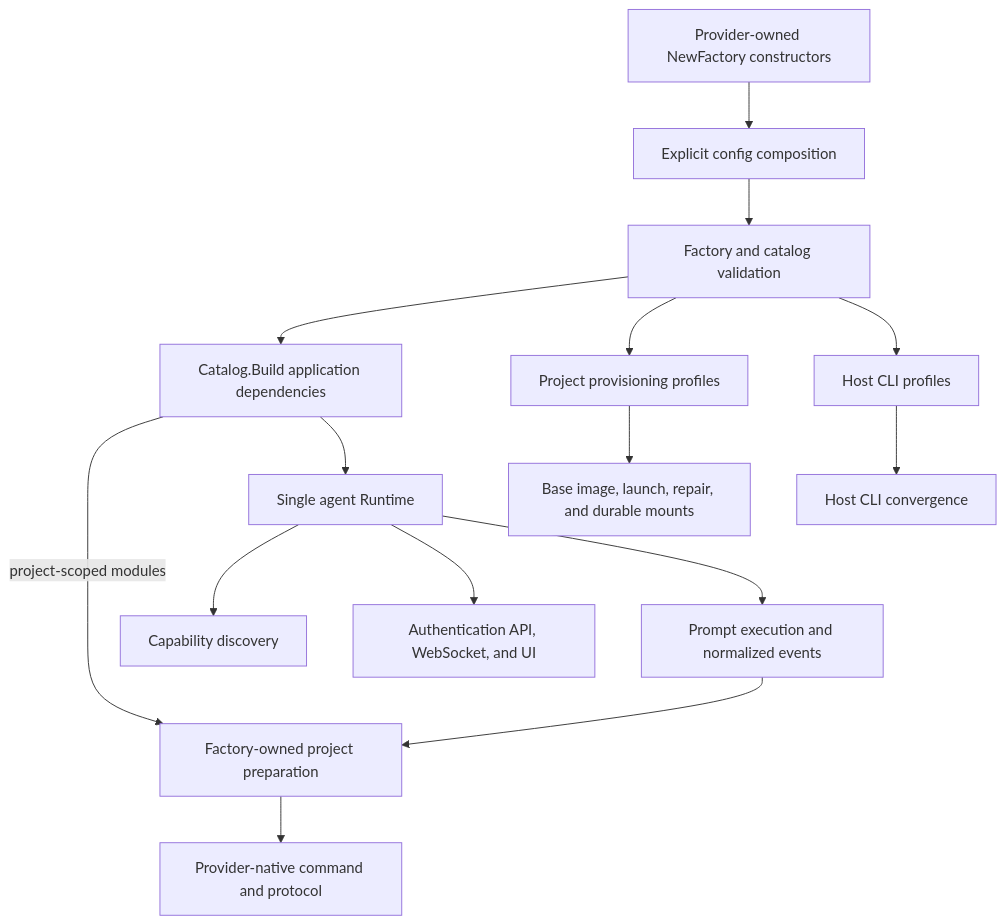
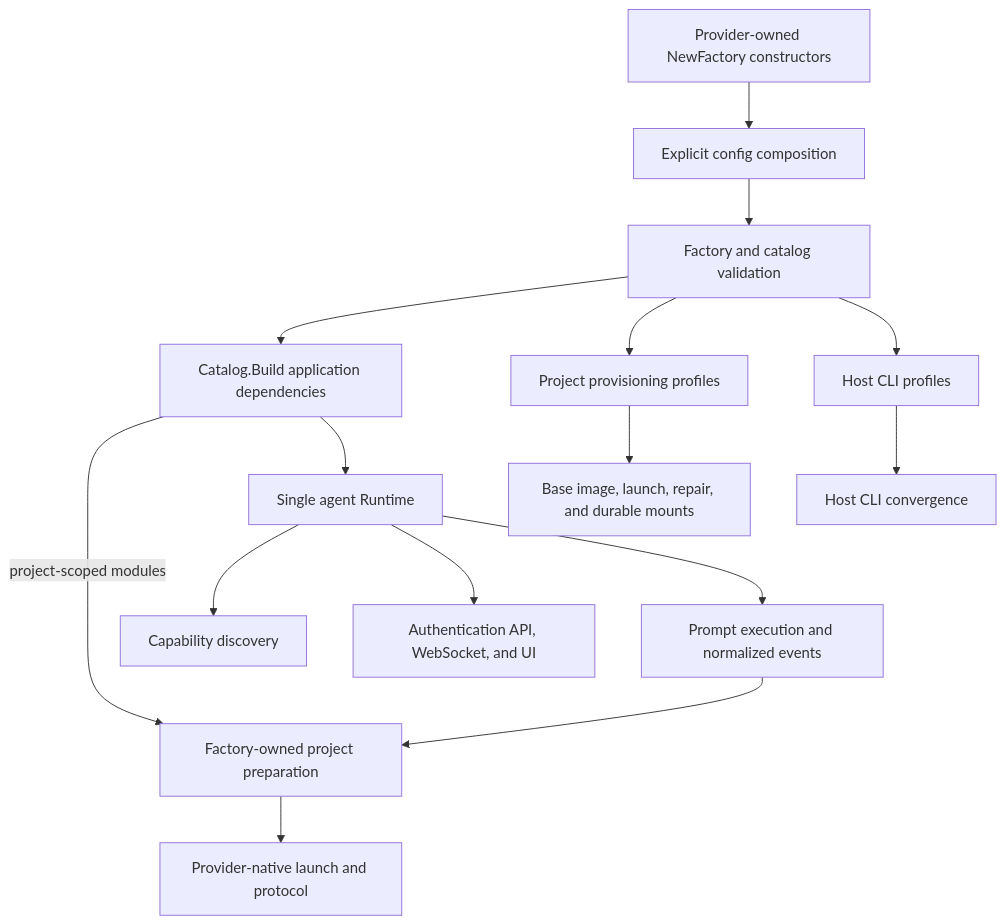
The diagram in docs/dev/agents/README.md (AbdallahMohamedDotnet/remote.futrx), drawn with Mermaid before and after one commit. The commit also changed other lines of this file and 7 other files, not shown here.

````diff
--- a/docs/dev/agents/README.md
+++ b/docs/dev/agents/README.md
@@ -27,17 +27,17 @@
 ```mermaid
 flowchart TD
     Factories["Provider-owned NewFactory constructors"] --> Config["Explicit config composition"]
     Config --> Validation["Factory and catalog validation"]
     Validation --> Build["Catalog.Build application dependencies"]
     Build -->|project-scoped modules| Preparation["Factory-owned project preparation"]
     Build --> Runtime["Single agent Runtime"]
     Validation --> ProjectProfiles["Project provisioning profiles"]
     Validation --> HostProfiles["Host CLI profiles"]
     Runtime --> Discovery["Capability discovery"]
     Runtime --> API["Authentication API, WebSocket, and UI"]
     Runtime --> Runs["Prompt execution and normalized events"]
     Runs --> Preparation
-    Preparation --> NativeCommand["Provider-native command and protocol"]
+    Preparation --> NativeCommand["Provider-native launch and protocol"]
     ProjectProfiles --> Containers["Base image, launch, repair, and durable mounts"]
     HostProfiles --> Host["Host CLI convergence"]
 ```
````
